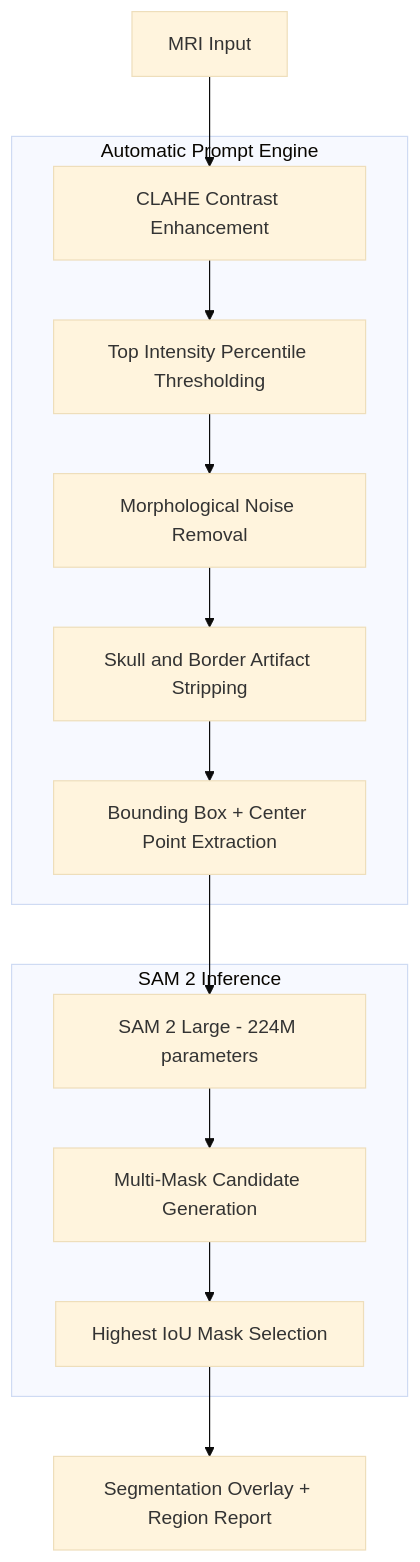
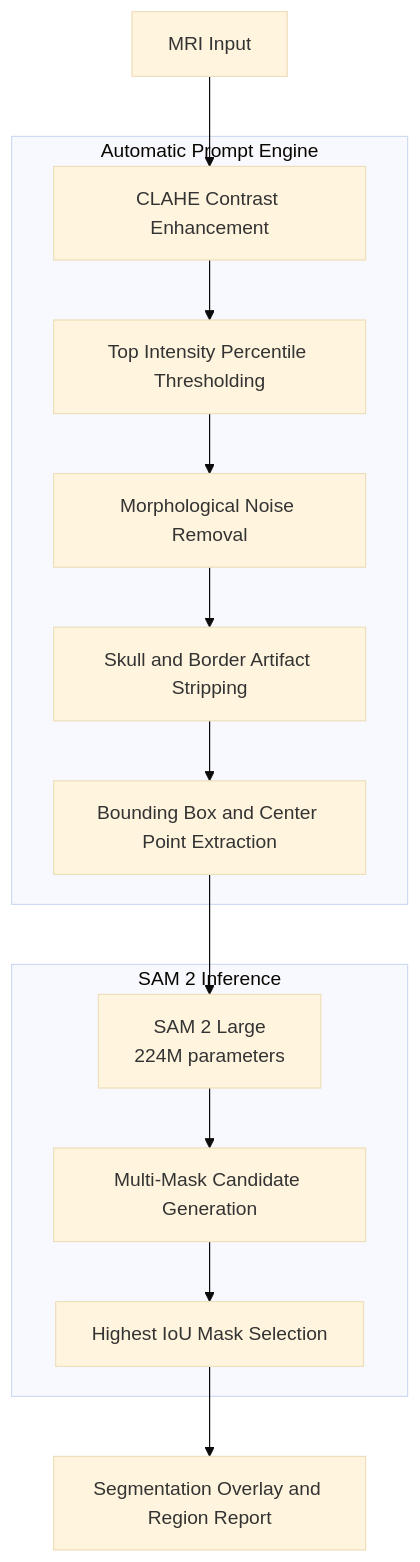
Before and after one commit to sufirumii/SAM2-Zero-Shot-Tumor-Segmentation: the diagram in README.md, drawn with Mermaid (base theme).

````diff
--- a/README.md
+++ b/README.md
@@ -51,26 +51,26 @@
 ```mermaid
 flowchart TD
-    A[MRI Input] --> B[CLAHE Contrast Enhancement]
-    B --> C[Top Intensity Percentile Thresholding]
-    C --> D[Morphological Noise Removal]
-    D --> E[Skull and Border Artifact Stripping]
-    E --> F[Bounding Box + Center Point Extraction]
-    F --> G[SAM 2 Large - 224M parameters]
-    G --> H[Multi-Mask Candidate Generation]
-    H --> I[Highest IoU Mask Selection]
-    I --> J[Segmentation Overlay + Region Report]
+    A["MRI Input"] --> B["CLAHE Contrast Enhancement"]
+    B --> C["Top Intensity Percentile Thresholding"]
+    C --> D["Morphological Noise Removal"]
+    D --> E["Skull and Border Artifact Stripping"]
+    E --> F["Bounding Box and Center Point Extraction"]
+    F --> G["SAM 2 Large<br/>224M parameters"]
+    G --> H["Multi-Mask Candidate Generation"]
+    H --> I["Highest IoU Mask Selection"]
+    I --> J["Segmentation Overlay and Region Report"]
 
-    subgraph "Automatic Prompt Engine"
+    subgraph Prompt["Automatic Prompt Engine"]
         B
         C
         D
         E
         F
     end
 
-    subgraph "SAM 2 Inference"
+    subgraph Inference["SAM 2 Inference"]
         G
         H
         I
     end
 ```
````
